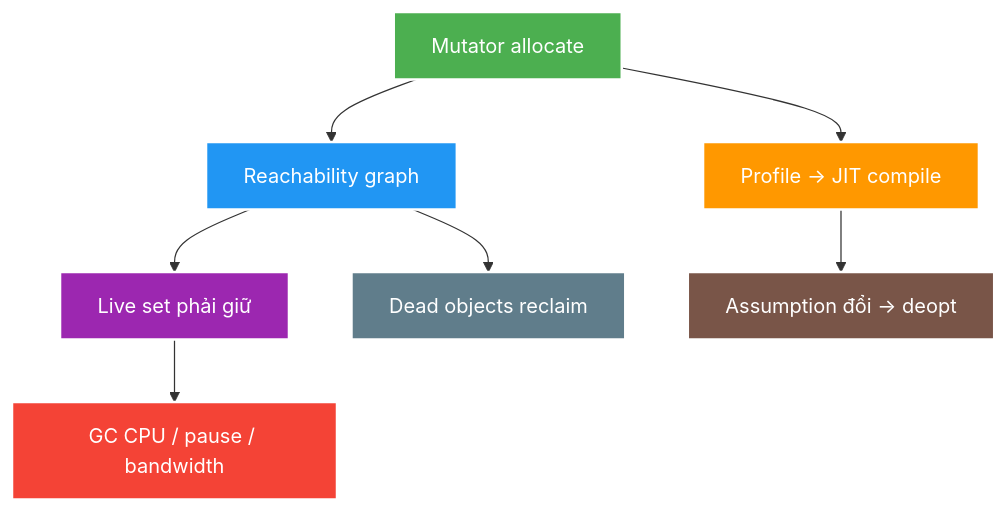
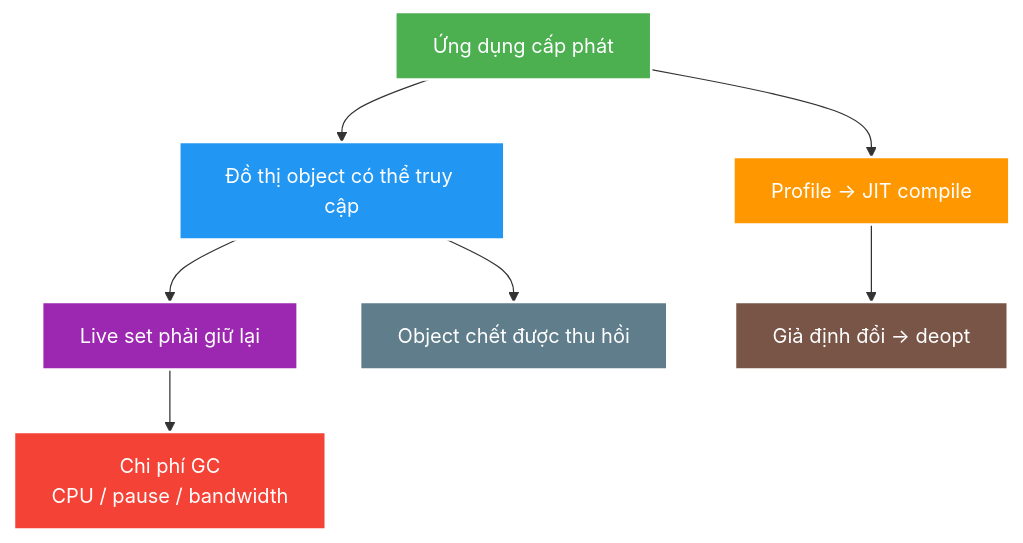
One commit to HungPhan200591/live-stream-backend changed the diagram in docs/learning/topics/java/theory/deep-dives/jvm-gc-jit-safepoints-and-diagnostics.md. Above: the diagram before and after it, drawn with Mermaid. The commit also changed other lines of this file and 177 other files, not shown here.

````diff
--- a/docs/learning/topics/java/theory/deep-dives/jvm-gc-jit-safepoints-and-diagnostics.md
+++ b/docs/learning/topics/java/theory/deep-dives/jvm-gc-jit-safepoints-and-diagnostics.md
@@ -30,16 +30,16 @@
 ```mermaid
 flowchart TB
-    A["Mutator allocate"] --> G["Reachability graph"]
-    G --> L["Live set phải giữ"]
-    G --> D["Dead objects reclaim"]
-    L --> P["GC CPU / pause / bandwidth"]
+    A["Ứng dụng cấp phát"] --> G["Đồ thị object có thể truy cập"]
+    G --> L["Live set phải giữ lại"]
+    G --> D["Object chết được thu hồi"]
+    L --> P["Chi phí GC<br/>CPU / pause / bandwidth"]
     A --> J["Profile → JIT compile"]
-    J --> X["Assumption đổi → deopt"]
+    J --> X["Giả định đổi → deopt"]
     style A fill:#4CAF50,stroke:#fff,stroke-width:2px,color:#fff
     style G fill:#2196F3,stroke:#fff,stroke-width:2px,color:#fff
     style L fill:#9C27B0,stroke:#fff,stroke-width:2px,color:#fff
     style D fill:#607D8B,stroke:#fff,stroke-width:2px,color:#fff
     style P fill:#F44336,stroke:#fff,stroke-width:2px,color:#fff
     style J fill:#FF9800,stroke:#fff,stroke-width:2px,color:#fff
     style X fill:#795548,stroke:#fff,stroke-width:2px,color:#fff
 ```
````
